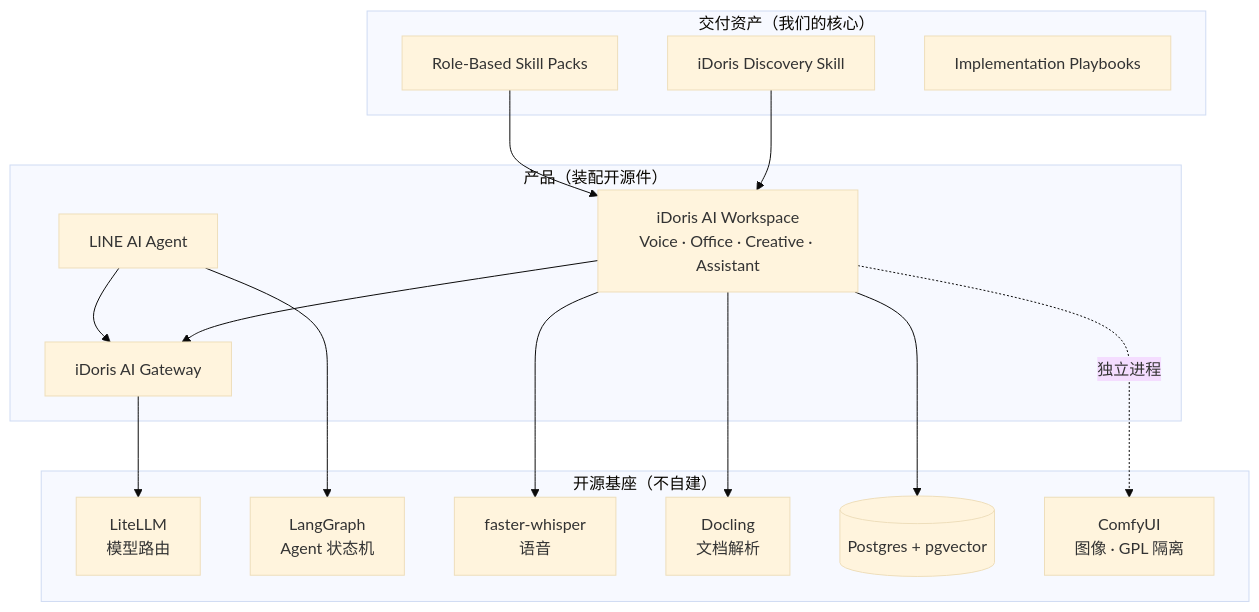
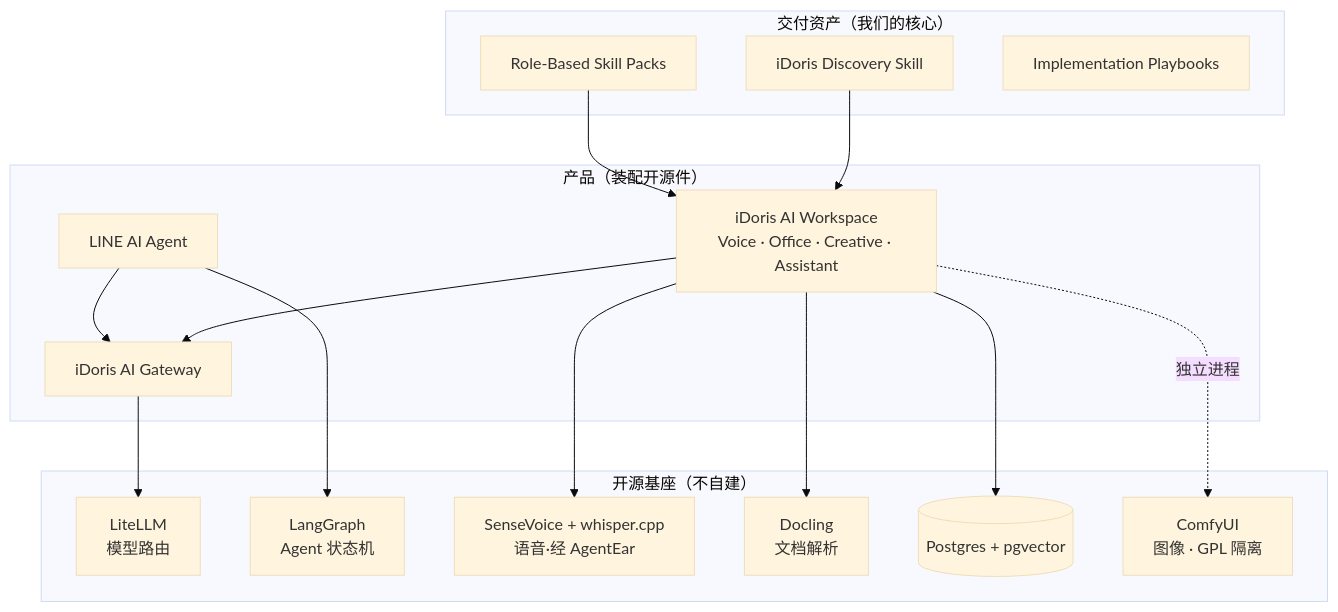
Before and after one commit to iDoris-ai/iDoris-website: the first of 3 diagrams in docs/agent/architecture.md, drawn with Mermaid (base theme). The commit also changed other lines of this file and 15 other files, not shown here.

````diff
--- a/docs/agent/architecture.md
+++ b/docs/agent/architecture.md
@@ -21,34 +21,34 @@
 ```mermaid
 flowchart TD
     subgraph Delivery["交付资产（我们的核心）"]
         DS[iDoris Discovery Skill]
         SP[Role-Based Skill Packs]
         PB[Implementation Playbooks]
     end
 
     subgraph Product["产品（装配开源件）"]
         WS[iDoris AI Workspace<br/>Voice · Office · Creative · Assistant]
         GW[iDoris AI Gateway]
         LA[LINE AI Agent]
     end
 
     subgraph OSS["开源基座（不自建）"]
         LL[LiteLLM<br/>模型路由]
         LG[LangGraph<br/>Agent 状态机]
-        WH[faster-whisper<br/>语音]
+        WH[SenseVoice + whisper.cpp<br/>语音·经 AgentEar]
         DL[Docling<br/>文档解析]
         PG[(Postgres + pgvector)]
         CF[ComfyUI<br/>图像 · GPL 隔离]
     end
 
     DS --> WS
     SP --> WS
     WS --> GW
     LA --> GW
     LA --> LG
     GW --> LL
     WS --> WH
     WS --> DL
     WS --> PG
     WS -.独立进程.-> CF
 ```
````
